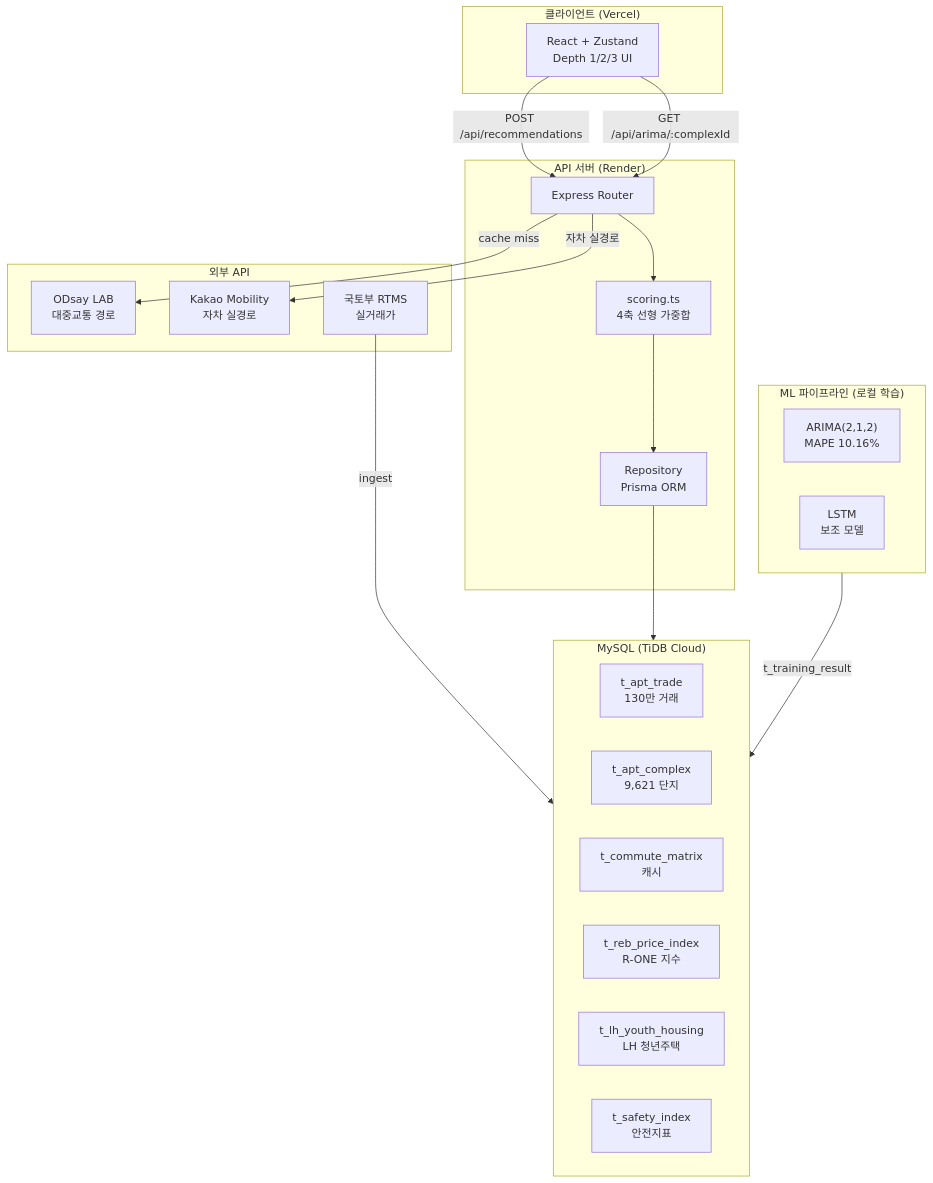
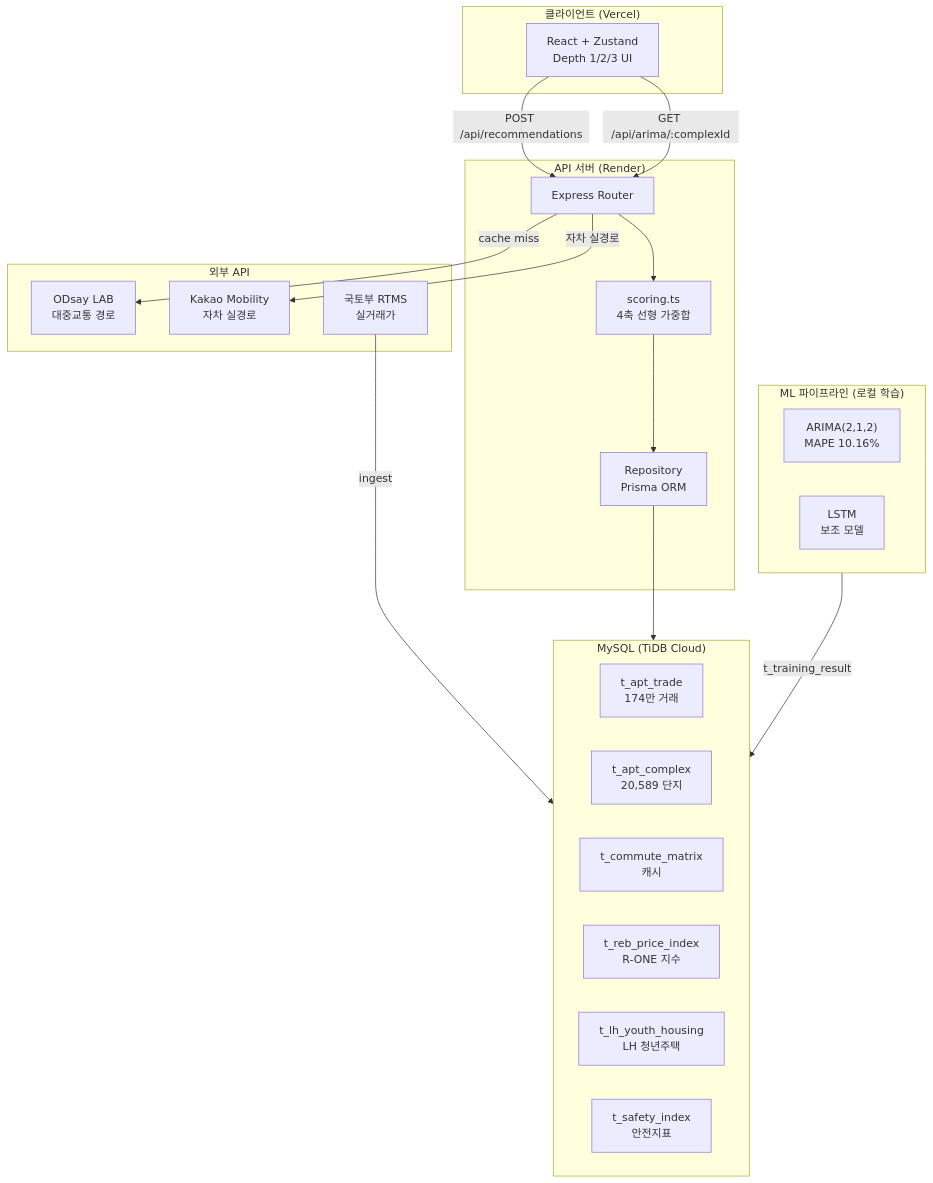
The diagram in README.md (eunseeeoking/NaODiSalm_Main), drawn with Mermaid before and after one commit. The commit also changed other lines of this file and 8 other files, not shown here.

````diff
--- a/README.md
+++ b/README.md
@@ -74,41 +74,41 @@
 ```mermaid
 graph TD
     subgraph Client["클라이언트 (Vercel)"]
         UI["React + Zustand\nDepth 1/2/3 UI"]
     end
 
     subgraph Server["API 서버 (Render)"]
         API["Express Router"]
         SCORE["scoring.ts\n4축 선형 가중합"]
         REPO["Repository\nPrisma ORM"]
     end
 
     subgraph DB["MySQL (TiDB Cloud)"]
         direction LR
-        TRADE["t_apt_trade\n130만 거래"]
-        COMPLEX["t_apt_complex\n9,621 단지"]
+        TRADE["t_apt_trade\n174만 거래"]
+        COMPLEX["t_apt_complex\n20,589 단지"]
         CACHE["t_commute_matrix\n캐시"]
         REB["t_reb_price_index\nR-ONE 지수"]
         LH["t_lh_youth_housing\nLH 청년주택"]
         SAFETY["t_safety_index\n안전지표"]
     end
 
     subgraph External["외부 API"]
         ODSAY["ODsay LAB\n대중교통 경로"]
         KAKAO["Kakao Mobility\n자차 실경로"]
         MOLIT["국토부 RTMS\n실거래가"]
     end
 
     subgraph ML["ML 파이프라인 (로컬 학습)"]
         ARIMA["ARIMA(2,1,2)\nMAPE 10.16%"]
         LSTM["LSTM\n보조 모델"]
     end
 
     UI -->|POST /api/recommendations| API
     UI -->|GET /api/arima/:complexId| API
     API --> SCORE --> REPO --> DB
     API -->|cache miss| ODSAY
     API -->|자차 실경로| KAKAO
     ML -->|t_training_result| DB
     MOLIT -->|ingest| TRADE
 ```
````
